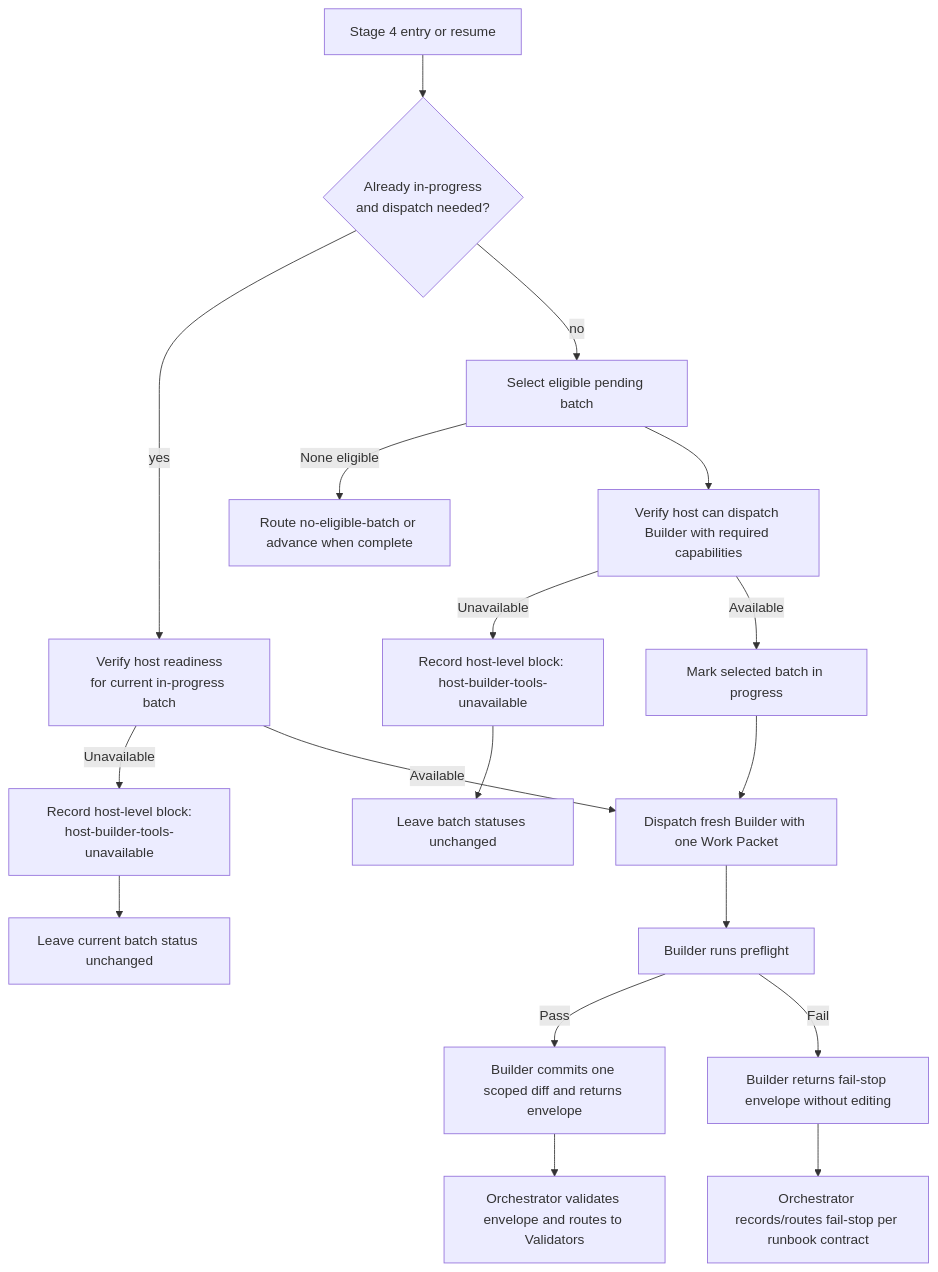
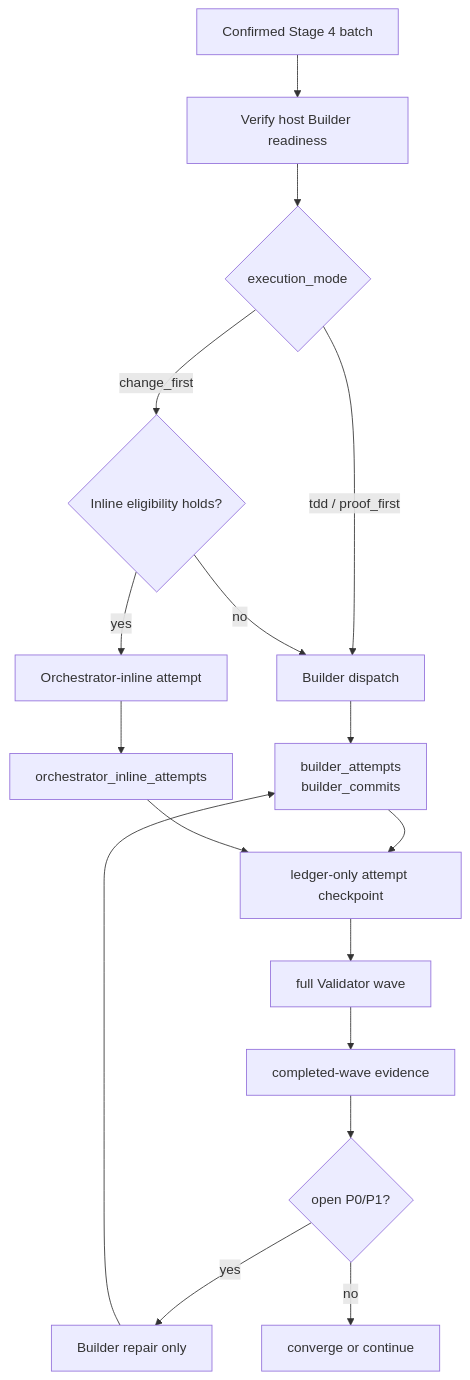
The first of 2 diagrams in docs/plans/2026-05-21-001-feat-builder-work-packet-dispatch-plan.md (nathanvale/claude-code-config), drawn with Mermaid before and after one commit. The commit also changed other lines of this file and 1 other file, not shown here.

First line of the commit message:
docs(issue-99): deepen plan and brainstorm for builder dispatch policy

````diff
--- a/docs/plans/2026-05-21-001-feat-builder-work-packet-dispatch-plan.md
+++ b/docs/plans/2026-05-21-001-feat-builder-work-packet-dispatch-plan.md
@@ -142,20 +262,19 @@
 ```mermaid
-flowchart TD
-  A["Stage 4 entry or resume"] --> R{"Already in-progress<br/>and dispatch needed?"}
-  R -->|yes| B2["Verify host readiness<br/>for current in-progress batch"]
-  R -->|no| E["Select eligible pending batch"]
-  E -->|None eligible| N["Route no-eligible-batch or advance when complete"]
-  E --> B["Verify host can dispatch Builder with required capabilities"]
-  B -->|Unavailable| C["Record host-level block: host-builder-tools-unavailable"]
-  B2 -->|Unavailable| C2["Record host-level block:<br/>host-builder-tools-unavailable"]
-  C2 --> D2["Leave current batch status unchanged"]
-  C --> D["Leave batch statuses unchanged"]
-  B -->|Available| F["Mark selected batch in progress"]
-  B2 -->|Available| G
-  F --> G["Dispatch fresh Builder with one Work Packet"]
-  G --> H["Builder runs preflight"]
-  H -->|Pass| I["Builder commits one scoped diff and returns envelope"]
-  H -->|Fail| J["Builder returns fail-stop envelope without editing"]
-  I --> K["Orchestrator validates envelope and routes to Validators"]
-  J --> L["Orchestrator records/routes fail-stop per runbook contract"]
+flowchart TB
+  A["Confirmed Stage 4 batch"] --> R["Verify host Builder readiness"]
+  R --> M{"execution_mode"}
+  M -->|"tdd / proof_first"| B["Builder dispatch"]
+  M -->|"change_first"| G{"Inline eligibility holds?"}
+  G -->|"yes"| I["Orchestrator-inline attempt"]
+  G -->|"no"| B
+  B --> BA["builder_attempts<br/>builder_commits"]
+  I --> IA["orchestrator_inline_attempts"]
+  BA --> C["ledger-only attempt checkpoint"]
+  IA --> C
+  C --> V["full Validator wave"]
+  V --> W["completed-wave evidence"]
+  W --> P{"open P0/P1?"}
+  P -->|"yes"| RB["Builder repair only"]
+  P -->|"no"| Done["converge or continue"]
+  RB --> BA
 ```
````
